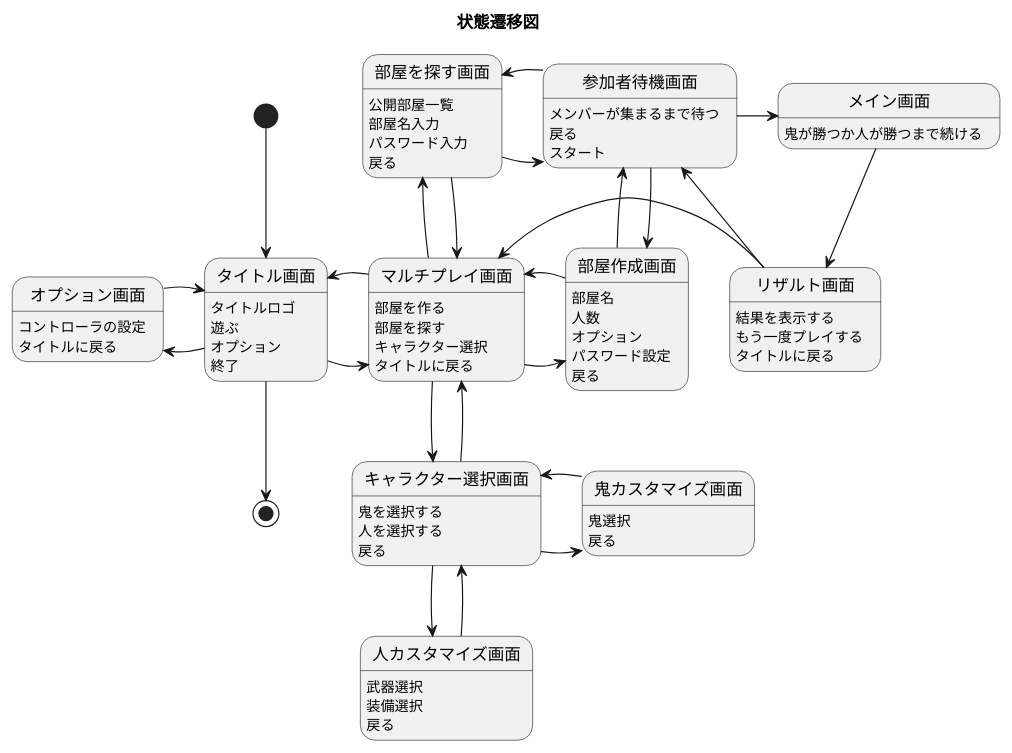
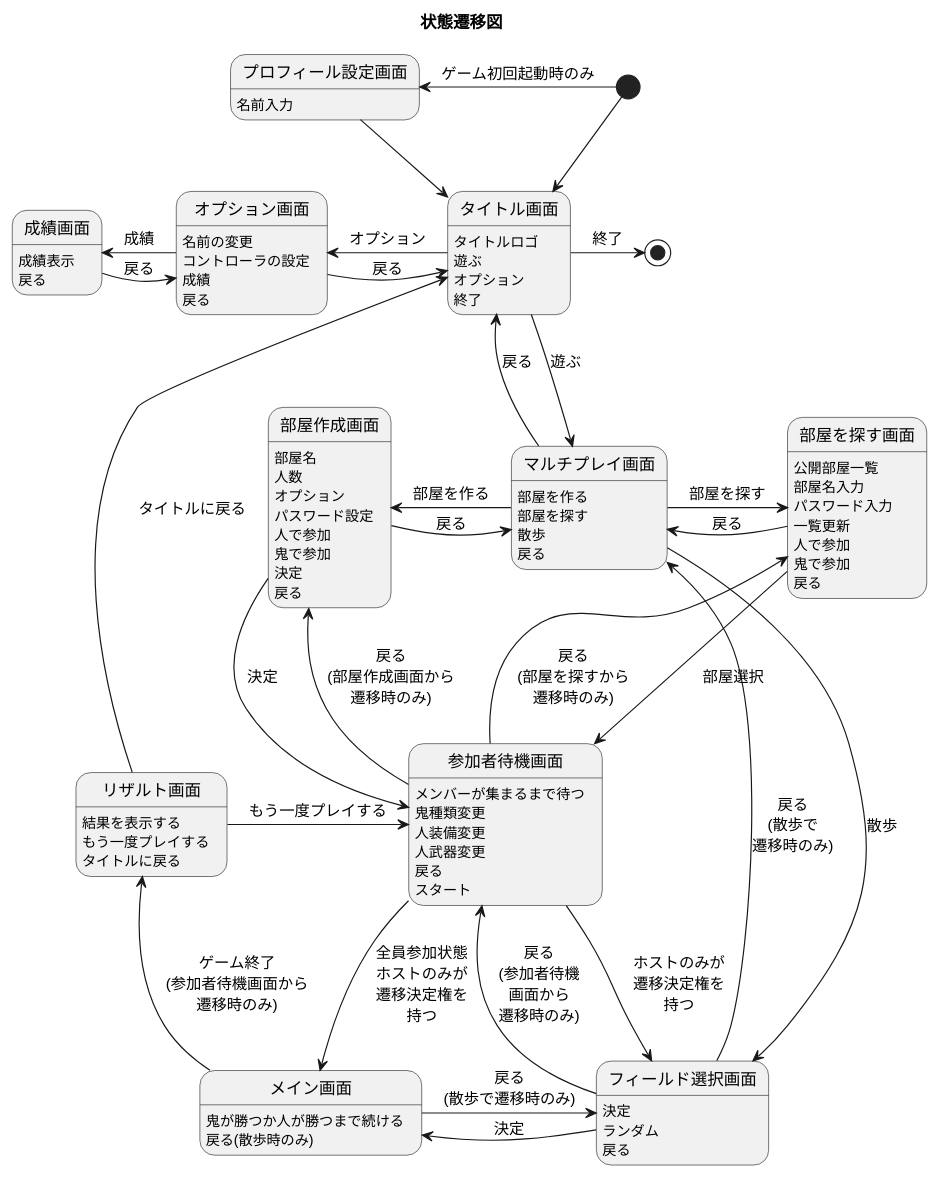
One commit to ShassBeleth/Kamitsuki changed the diagram in Design/State/State.pu. Above: the diagram before and after it, drawn with PlantUML. The commit also changed 1 other file, not shown here.

```diff
--- a/Design/State/State.pu
+++ b/Design/State/State.pu
@@ -1,89 +1,103 @@
 @startuml
 
 title 状態遷移図
 
 '画面遷移'
+[*] -left-> プロフィール設定画面 : ゲーム初回起動時のみ
 [*] -down-> タイトル画面
 
-タイトル画面 -right-> マルチプレイ画面
-タイトル画面 -left-> オプション画面
-タイトル画面 -down-> [*]
+プロフィール設定画面 -down-> タイトル画面
 
-オプション画面 -right-> タイトル画面
+タイトル画面 -down-> マルチプレイ画面 : 遊ぶ
+タイトル画面 -left-> オプション画面 : オプション
+タイトル画面 -right-> [*] : 終了
 
-マルチプレイ画面 -right-> 部屋作成画面
-マルチプレイ画面 -up-> 部屋を探す画面
-マルチプレイ画面 -down-> キャラクター選択画面
-マルチプレイ画面 -left-> タイトル画面
+オプション画面 -right-> タイトル画面 : 戻る
+オプション画面 -left-> 成績画面 : 成績
 
-キャラクター選択画面 -up-> マルチプレイ画面
-キャラクター選択画面 -down-> 人カスタマイズ画面
-キャラクター選択画面 -right-> 鬼カスタマイズ画面
+成績画面 -right-> オプション画面 : 戻る
 
-人カスタマイズ画面 -up-> キャラクター選択画面
+マルチプレイ画面 -left-> 部屋作成画面 : 部屋を作る
+マルチプレイ画面 -right-> 部屋を探す画面 : 部屋を探す
+マルチプレイ画面 -up-> タイトル画面 : 戻る
+マルチプレイ画面 -down->フィールド選択画面 : 散歩
 
-鬼カスタマイズ画面 -left-> キャラクター選択画面
+部屋作成画面 -down-> 参加者待機画面 : 決定
+部屋作成画面 -right-> マルチプレイ画面 : 戻る
 
-部屋作成画面 -up-> 参加者待機画面
-部屋作成画面 -left-> マルチプレイ画面
+部屋を探す画面 -down-> 参加者待機画面 : 部屋選択
+部屋を探す画面 -left-> マルチプレイ画面 : 戻る
 
-部屋を探す画面 -right-> 参加者待機画面
-部屋を探す画面 -down-> マルチプレイ画面
+参加者待機画面 -down-> メイン画面 : 全員参加状態\nホストのみが\n遷移決定権を\n持つ
+参加者待機画面 -down-> フィールド選択画面 : ホストのみが\n遷移決定権を\n持つ
+参加者待機画面 -up-> 部屋作成画面 : 戻る\n(部屋作成画面から\n遷移時のみ)
+参加者待機画面 -up-> 部屋を探す画面 : 戻る\n(部屋を探すから\n遷移時のみ)
 
-参加者待機画面 -right-> メイン画面
-参加者待機画面 -down-> 部屋作成画面
-参加者待機画面 -left-> 部屋を探す画面
+フィールド選択画面 -up-> 参加者待機画面 : 戻る\n(参加者待機\n画面から\n遷移時のみ)
+フィールド選択画面 -up-> マルチプレイ画面 : 戻る\n(散歩で\n遷移時のみ)
+フィールド選択画面 -left->メイン画面 : 決定
 
-メイン画面 -down-> リザルト画面
+メイン画面 -up-> リザルト画面 : ゲーム終了\n(参加者待機画面から\n遷移時のみ)
+メイン画面 -right->フィールド選択画面 : 戻る\n(散歩で遷移時のみ)
 
-リザルト画面 -up-> 参加者待機画面
-リザルト画面 -left-> マルチプレイ画面
+リザルト画面 -right-> 参加者待機画面 : もう一度プレイする
+リザルト画面 -left-> タイトル画面 : タイトルに戻る
 
 
 '各画面定義'
+プロフィール設定画面 : 名前入力
+
 タイトル画面 : タイトルロゴ
 タイトル画面 : 遊ぶ
 タイトル画面 : オプション
 タイトル画面 : 終了
 
+オプション画面 : 名前の変更
 オプション画面 : コントローラの設定
-オプション画面 : タイトルに戻る
+オプション画面 : 成績
+オプション画面 : 戻る
+
+成績画面 : 成績表示
+成績画面 : 戻る
 
 マルチプレイ画面 : 部屋を作る
 マルチプレイ画面 : 部屋を探す
-マルチプレイ画面 : キャラクター選択
-マルチプレイ画面 : タイトルに戻る
+マルチプレイ画面 : 散歩
+マルチプレイ画面 : 戻る
 
 部屋作成画面 : 部屋名
 部屋作成画面 : 人数
 部屋作成画面 : オプション
 部屋作成画面 : パスワード設定
+部屋作成画面 : 人で参加
+部屋作成画面 : 鬼で参加
+部屋作成画面 : 決定
 部屋作成画面 : 戻る
 
 部屋を探す画面 : 公開部屋一覧
 部屋を探す画面 : 部屋名入力
 部屋を探す画面 : パスワード入力
+部屋を探す画面 : 一覧更新
+部屋を探す画面 : 人で参加
+部屋を探す画面 : 鬼で参加
 部屋を探す画面 : 戻る
 
-キャラクター選択画面 : 鬼を選択する
-キャラクター選択画面 : 人を選択する
-キャラクター選択画面 : 戻る
-
-人カスタマイズ画面 : 武器選択
-人カスタマイズ画面 : 装備選択
-人カスタマイズ画面 : 戻る
-
-鬼カスタマイズ画面 : 鬼選択
-鬼カスタマイズ画面 : 戻る
+フィールド選択画面 : 決定
+フィールド選択画面 : ランダム
+フィールド選択画面 : 戻る
 
 参加者待機画面 : メンバーが集まるまで待つ
+参加者待機画面 : 鬼種類変更
+参加者待機画面 : 人装備変更
+参加者待機画面 : 人武器変更
 参加者待機画面 : 戻る
 参加者待機画面 : スタート
 
 メイン画面 : 鬼が勝つか人が勝つまで続ける
+メイン画面 : 戻る(散歩時のみ)
 
 リザルト画面 : 結果を表示する
 リザルト画面 : もう一度プレイする
 リザルト画面 : タイトルに戻る
 
 @enduml
```
